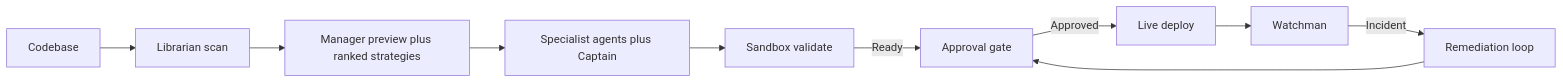
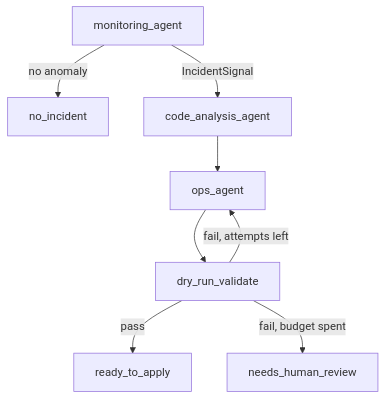
The diagram in README.md (Henildiyora/forge), drawn with Mermaid before and after one commit. The commit also changed other lines of this file and 257 other files, not shown here.

Commit message:
feat: rebuild DevOps Swarm as a real 3-agent LangGraph triage pipeline Replace the FORGE CLI product with Monitoring, Code Analysis, and Ops agents sharing SwarmState, Docker dry-run validation, a re-runnable benchmark harness, and a Streamlit dashboard driven by run event streams.

````diff
--- a/README.md
+++ b/README.md
@@ -82,12 +62,10 @@
 ```mermaid
-flowchart LR
-    A[Codebase] --> B[Librarian scan]
-    B --> C[Manager preview plus ranked strategies]
-    C --> D[Specialist agents plus Captain]
-    D --> F[Sandbox validate]
-    F -->|Ready| G[Approval gate]
-    G -->|Approved| H[Live deploy]
-    H --> I[Watchman]
-    I -->|Incident| J[Remediation loop]
-    J --> G
+flowchart TD
+    monitoring[monitoring_agent] -->|no anomaly| noIncident[no_incident]
+    monitoring -->|IncidentSignal| codeAnalysis[code_analysis_agent]
+    codeAnalysis --> ops[ops_agent]
+    ops --> dryRun[dry_run_validate]
+    dryRun -->|pass| ready[ready_to_apply]
+    dryRun -->|fail, attempts left| ops
+    dryRun -->|fail, budget spent| review[needs_human_review]
 ```
````
